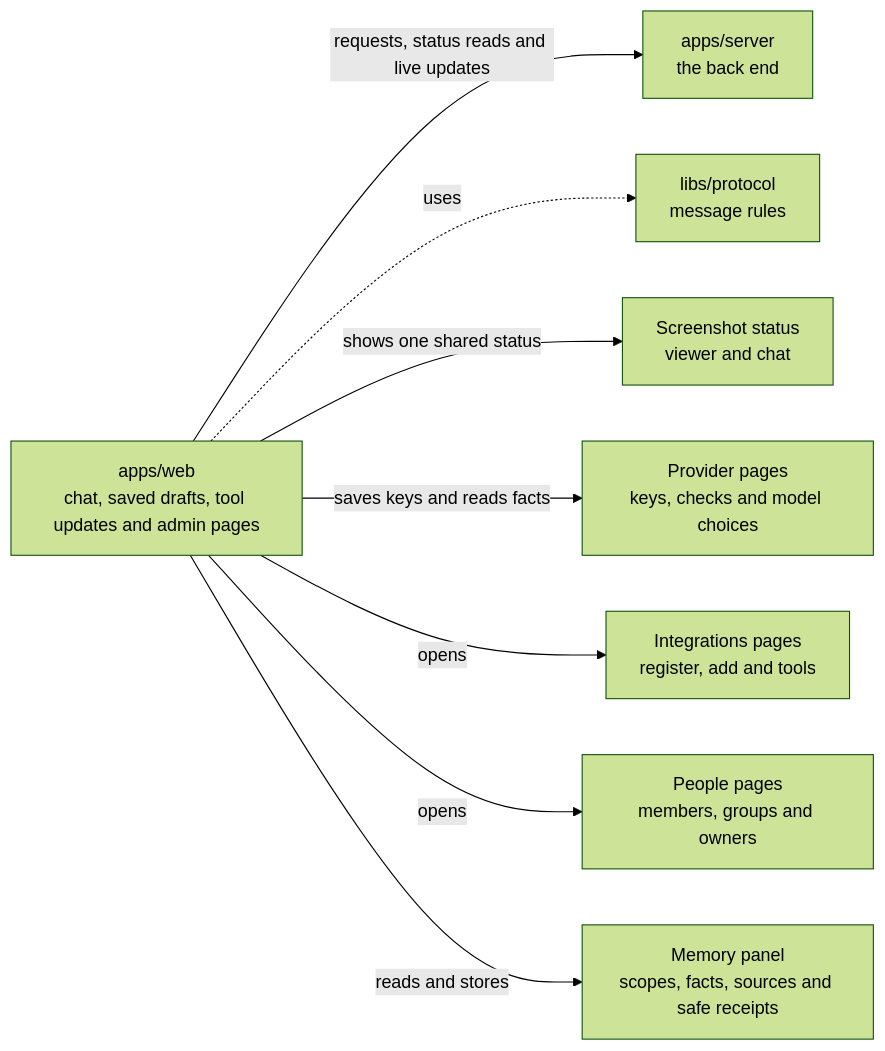
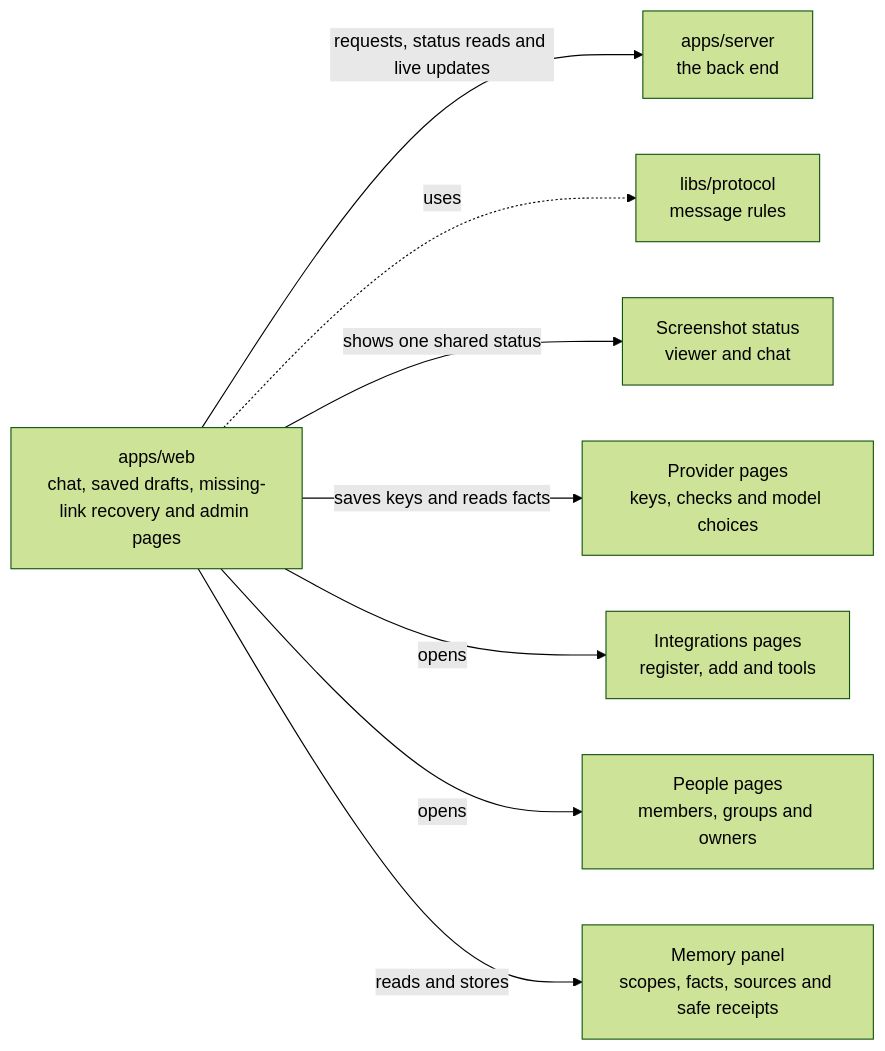
One commit to elewa-git/opencrane-new changed the diagram in apps/web/README.md. Above: the diagram before and after it, drawn with Mermaid (forest theme). The commit also changed other lines of this file and 13 other files, not shown here.

Commit message:
🧭 Keep chat list available for missing links

````diff
--- a/apps/web/README.md
+++ b/apps/web/README.md
@@ -11,10 +11,10 @@
 ```mermaid
 flowchart LR
-  web["apps/web<br/>chat, saved drafts, tool updates and admin pages"] -->|requests, status reads and live updates| server["apps/server<br/>the back end"]
+  web["apps/web<br/>chat, saved drafts, missing-link recovery and admin pages"] -->|requests, status reads and live updates| server["apps/server<br/>the back end"]
   web -.->|uses| protocol["libs/protocol<br/>message rules"]
   web -->|shows one shared status| capture["Screenshot status<br/>viewer and chat"]
   web -->|saves keys and reads facts| providers["Provider pages<br/>keys, checks and model choices"]
   web -->|opens| integrations["Integrations pages<br/>register, add and tools"]
   web -->|opens| people["People pages<br/>members, groups and owners"]
   web -->|reads and stores| memory["Memory panel<br/>scopes, facts, sources and safe receipts"]
 ```
````
